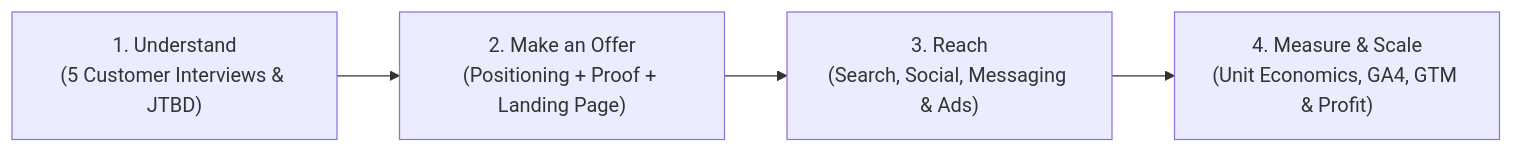
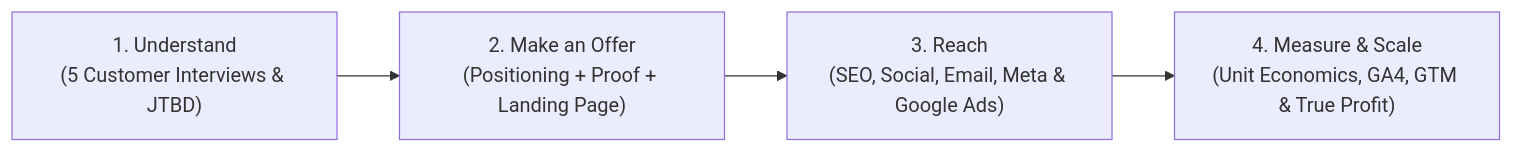
The diagram in README.md (ABVicky/Digital-Marketing-by-Vicky), drawn with Mermaid before and after one commit. The commit also changed other lines of this file and 3 other files, not shown here.

````diff
--- a/README.md
+++ b/README.md
@@ -48,6 +46,6 @@
 ```mermaid
 flowchart LR
     A["1. Understand<br/>(5 Customer Interviews & JTBD)"] --> B["2. Make an Offer<br/>(Positioning + Proof + Landing Page)"]
-    B --> C["3. Reach<br/>(Search, Social, Messaging & Ads)"]
-    C --> D["4. Measure & Scale<br/>(Unit Economics, GA4, GTM & Profit)"]
+    B --> C["3. Reach<br/>(SEO, Social, Email, Meta & Google Ads)"]
+    C --> D["4. Measure & Scale<br/>(Unit Economics, GA4, GTM & True Profit)"]
 ```
````
